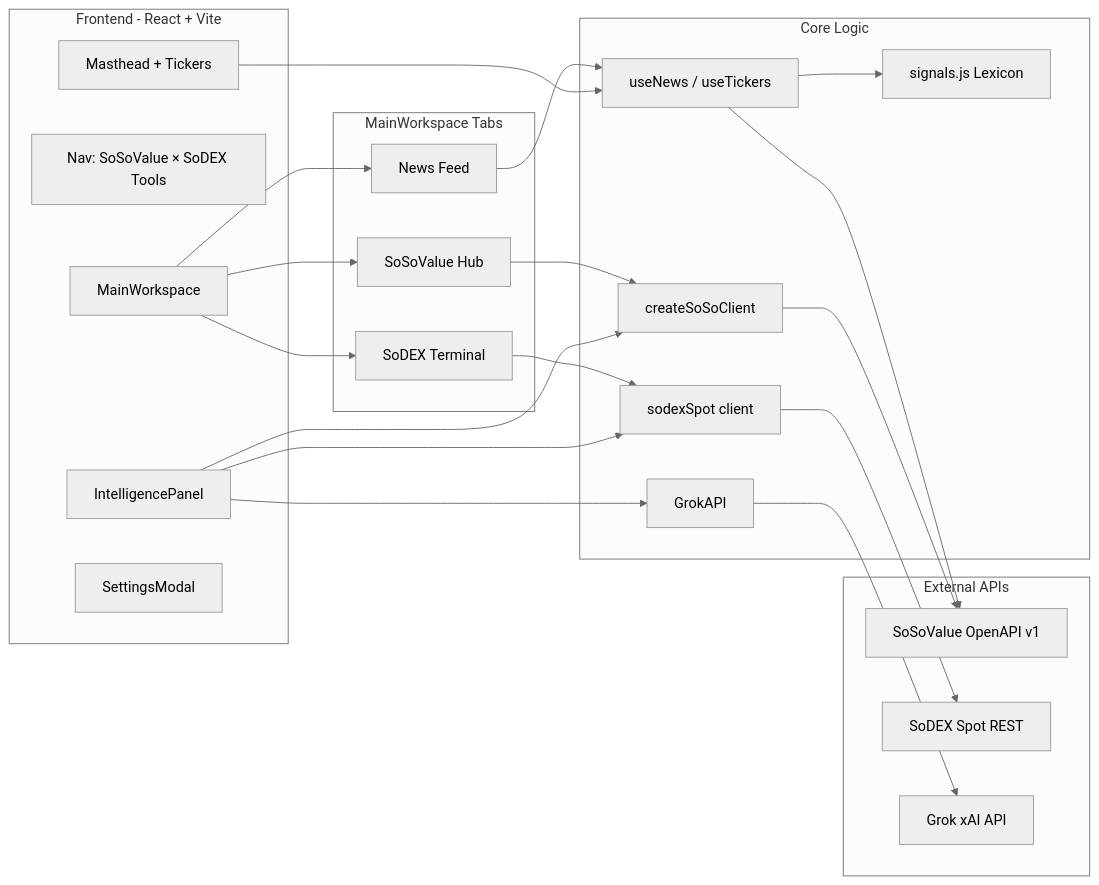
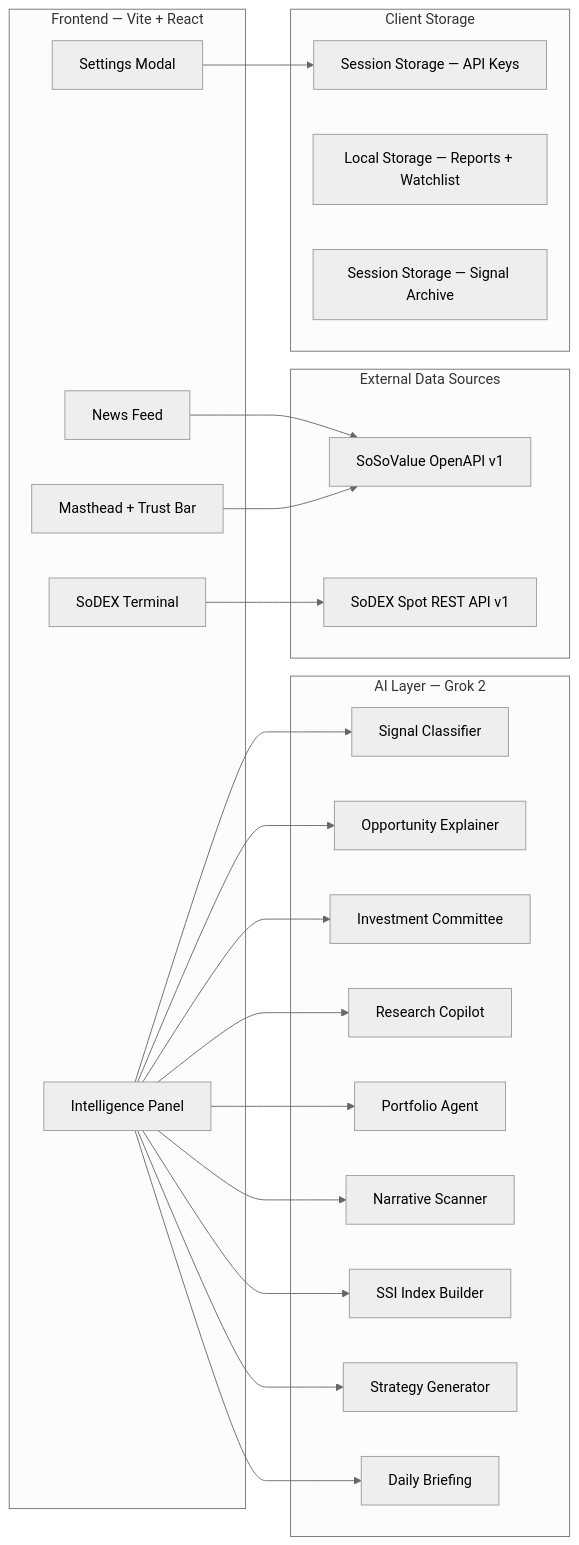
One commit to Nanle-code/CryptoDesk changed the third of 18 diagrams in cryptodesk/README.md. Above: the diagram before and after it, drawn with Mermaid (neutral theme). The commit also changed other lines of this file and 28 other files, not shown here.

````diff
--- a/cryptodesk/README.md
+++ b/cryptodesk/README.md
@@ -342,40 +329,47 @@
 ```mermaid
 flowchart LR
-    subgraph Frontend[Frontend - React + Vite]
-        A[Masthead + Tickers]
-        B[Nav: SoSoValue × SoDEX Tools]
-        C[MainWorkspace]
-        D[IntelligencePanel]
-        E[SettingsModal]
+    subgraph Frontend["Frontend — Vite + React"]
+        A[Masthead + Trust Bar]
+        B[News Feed]
+        C[Intelligence Panel]
+        D[SoDEX Terminal]
+        E[Settings Modal]
     end
 
-    subgraph MainTabs[MainWorkspace Tabs]
-        C1[News Feed]
-        C2[SoSoValue Hub]
-        C3[SoDEX Terminal]
+    subgraph AILayer["AI Layer — Grok 2"]
+        F[Signal Classifier]
+        G[Opportunity Explainer]
+        H[Investment Committee]
+        I[Research Copilot]
+        J[Portfolio Agent]
+        K[Narrative Scanner]
+        L[SSI Index Builder]
+        M[Strategy Generator]
+        N[Daily Briefing]
     end
 
-    subgraph External[External APIs]
-        F[SoSoValue OpenAPI v1]
-        G[SoDEX Spot REST]
-        H[Grok xAI API]
+    subgraph DataSources["External Data Sources"]
+        O[SoSoValue OpenAPI v1]
+        P[SoDEX Spot REST API v1]
     end
 
-    subgraph Core[Core Logic]
-        I[useNews / useTickers]
-        J[signals.js Lexicon]
-        K[createSoSoClient]
-        L[sodexSpot client]
-        M[GrokAPI]
+    subgraph Storage["Client Storage"]
+        Q[Session Storage — API Keys]
+        R[Local Storage — Reports + Watchlist]
+        S[Session Storage — Signal Archive]
     end
 
-    C --> C1 & C2 & C3
-    C1 --> I
-    I --> F
-    I --> J
-    C2 --> K --> F
-    C3 --> L --> G
-    D --> K & L
-    D --> M --> H
-    A --> I
+    B --> O
+    D --> P
+    C --> F
+    C --> G
+    C --> H
+    C --> I
+    C --> J
+    C --> K
+    C --> L
+    C --> M
+    C --> N
+    A --> O
+    E --> Q
 ```
````
